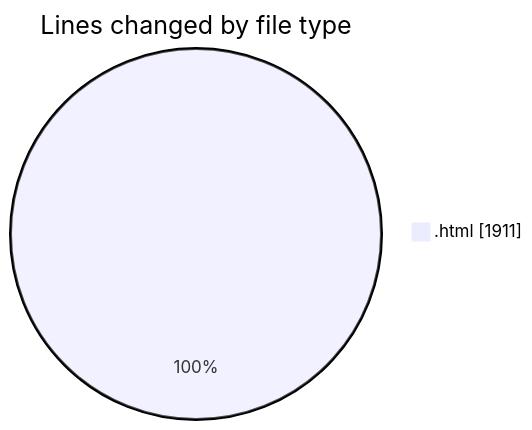
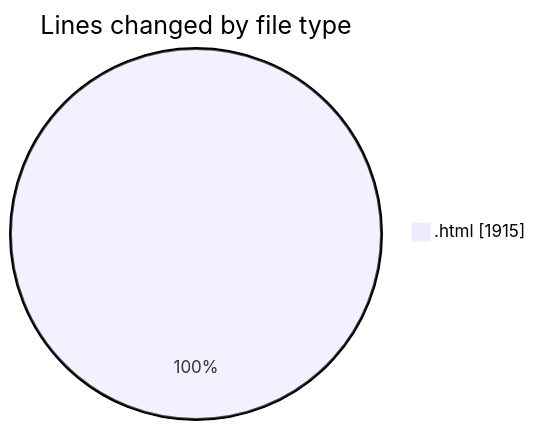
The first of 2 diagrams in 2025-01-28/0starter_files/README.md (Ritupan-Deka/code-tracking), drawn with Mermaid before and after one commit. The commit also changed other lines of this file and 1 other file, not shown here.

````diff
--- a/2025-01-28/0starter_files/README.md
+++ b/2025-01-28/0starter_files/README.md
@@ -20,5 +20,5 @@
 ```mermaid
 pie showData
 title Lines changed by file type
-".html" : 1911
+".html" : 1915
 ```
````
